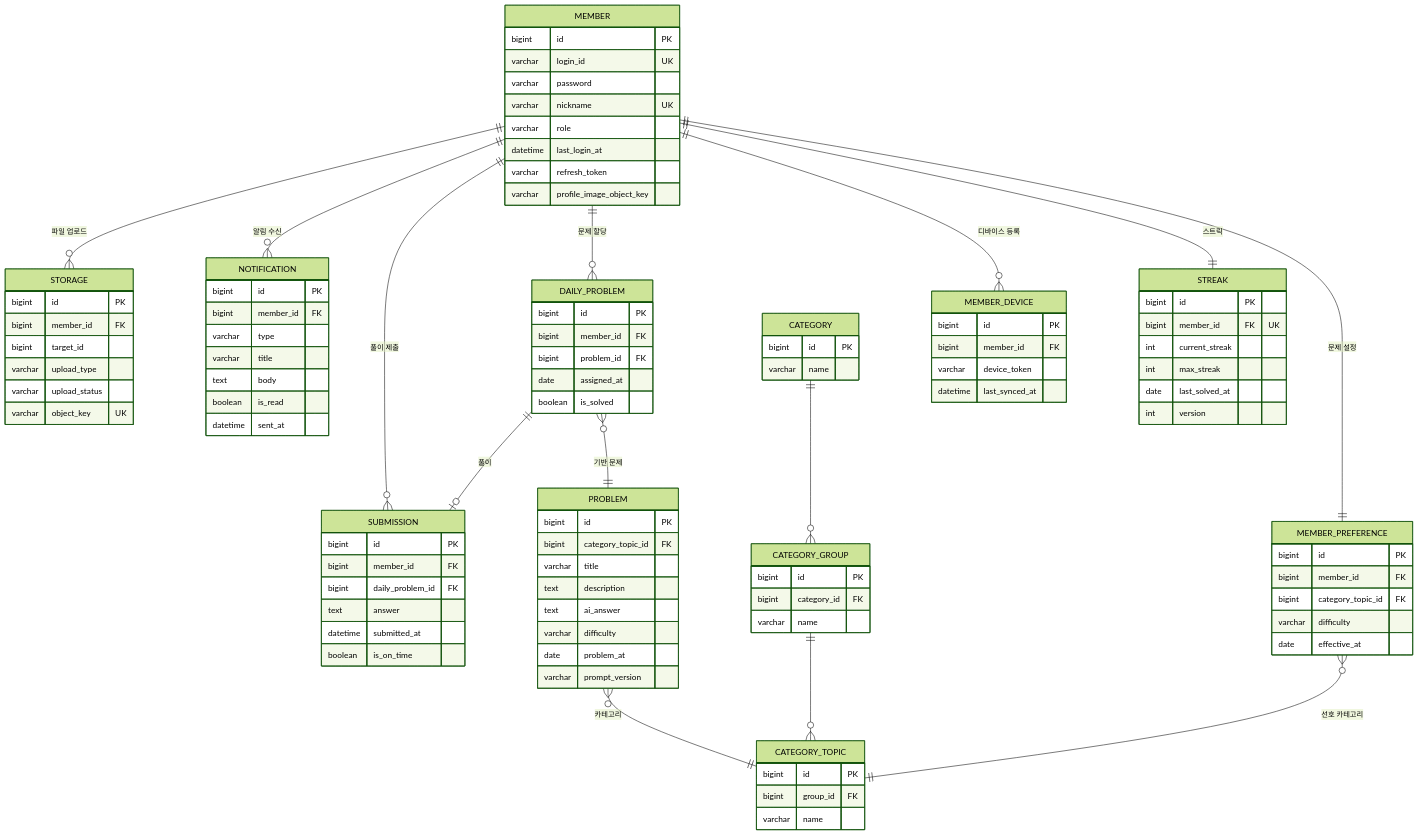
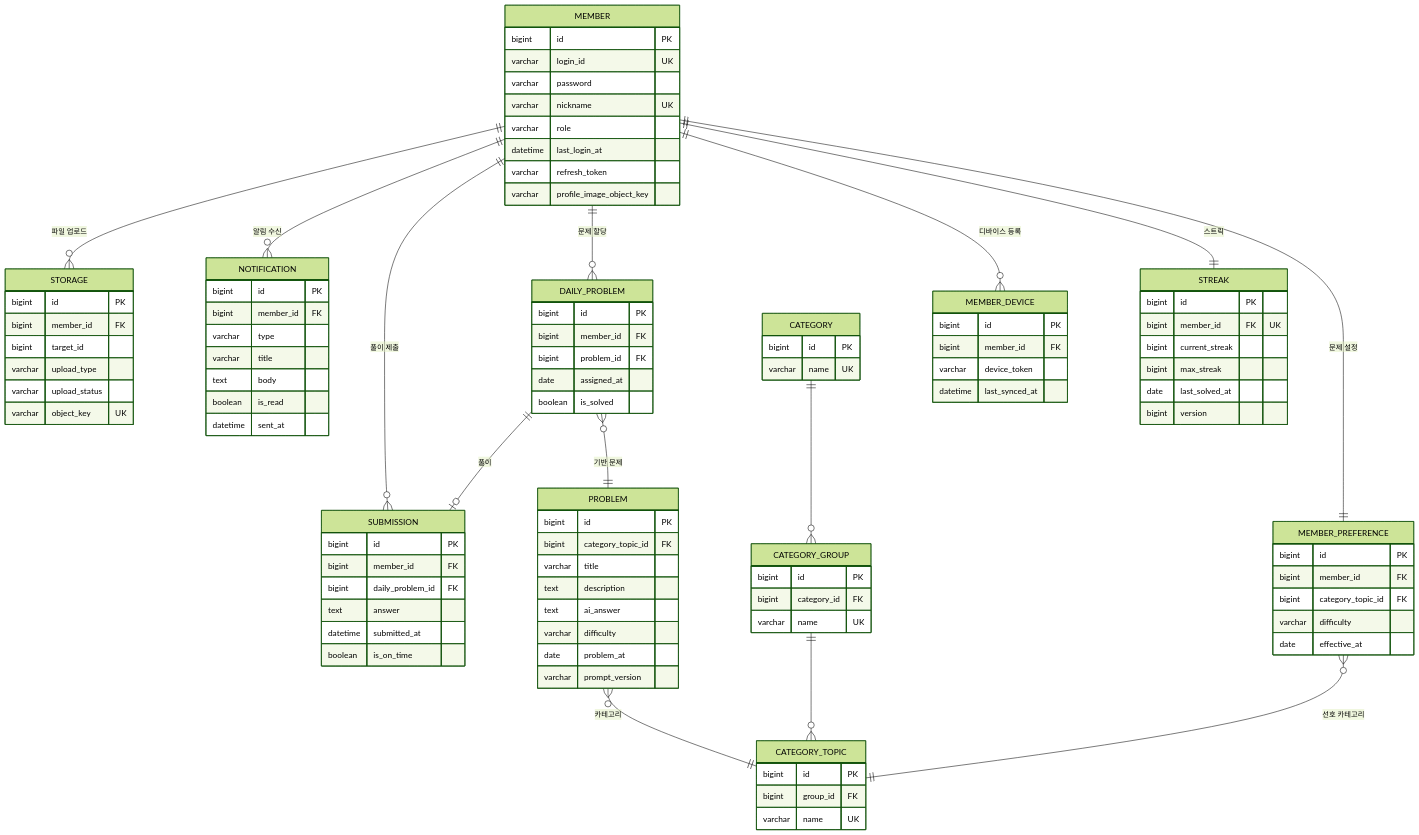
The fifth of 5 diagrams in README.md (haruhana-service/haruharu-back), drawn with Mermaid (forest theme) before and after one commit. The commit also changed other lines of this file and 5 other files, not shown here.

```diff
--- a/README.md
+++ b/README.md
@@ -87,10 +176,10 @@
     STREAK {
         bigint id PK
         bigint member_id FK "UK"
-        int current_streak
-        int max_streak
+        bigint current_streak
+        bigint max_streak
         date last_solved_at
-        int version
+        bigint version
     }
 
     NOTIFICATION {
@@ -114,19 +203,19 @@
 
     CATEGORY {
         bigint id PK
-        varchar name
+        varchar name UK
     }
 
     CATEGORY_GROUP {
         bigint id PK
         bigint category_id FK
-        varchar name
+        varchar name UK
     }
 
     CATEGORY_TOPIC {
         bigint id PK
         bigint group_id FK
-        varchar name
+        varchar name UK
     }
 
     PROBLEM {
```
